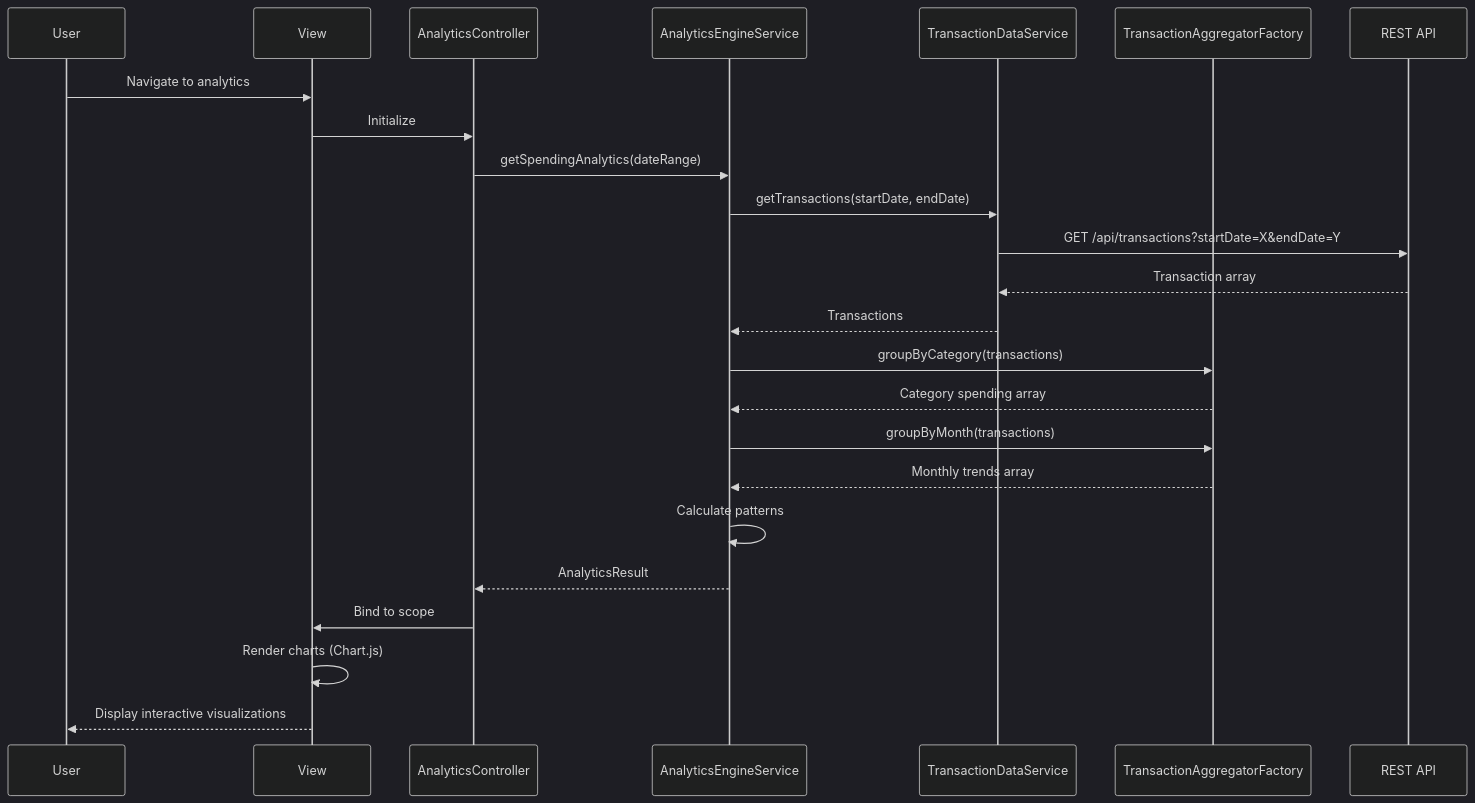
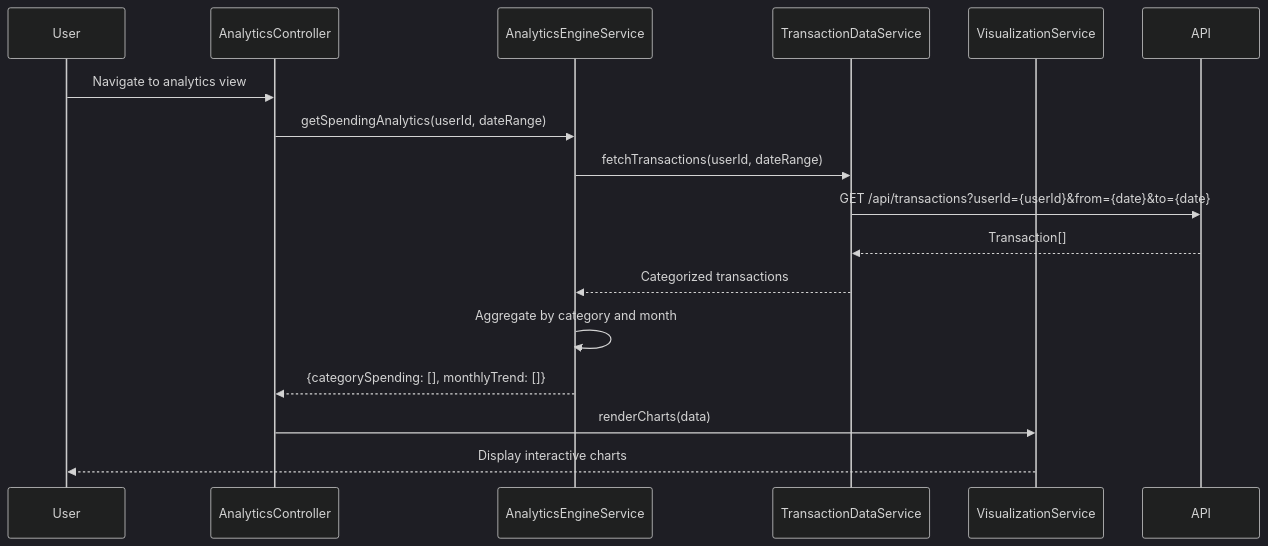
Before and after one commit to AAVA-Demo/APB_Demo: the diagram in LLD/QE-7683_LLD.md, drawn with Mermaid (dark theme). The commit also changed other lines of this file and 5 other files, not shown here.

````diff
--- a/LLD/QE-7683_LLD.md
+++ b/LLD/QE-7683_LLD.md
@@ -90,27 +81,20 @@
 ```mermaid
 sequenceDiagram
     participant User
-    participant View
-    participant AnalyticsCtrl as AnalyticsController
-    participant EngSvc as AnalyticsEngineService
-    participant TxnSvc as TransactionDataService
-    participant Aggregator as TransactionAggregatorFactory
-    participant API as REST API
-    
-    User->>View: Navigate to analytics
-    View->>AnalyticsCtrl: Initialize
-    AnalyticsCtrl->>EngSvc: getSpendingAnalytics(dateRange)
-    EngSvc->>TxnSvc: getTransactions(startDate, endDate)
-    TxnSvc->>API: GET /api/transactions?startDate=X&endDate=Y
-    API-->>TxnSvc: Transaction array
-    TxnSvc-->>EngSvc: Transactions
-    EngSvc->>Aggregator: groupByCategory(transactions)
-    Aggregator-->>EngSvc: Category spending array
-    EngSvc->>Aggregator: groupByMonth(transactions)
-    Aggregator-->>EngSvc: Monthly trends array
-    EngSvc->>EngSvc: Calculate patterns
-    EngSvc-->>AnalyticsCtrl: AnalyticsResult
-    AnalyticsCtrl->>View: Bind to scope
-    View->>View: Render charts (Chart.js)
-    View-->>User: Display interactive visualizations
+    participant AnalyticsController
+    participant AnalyticsEngineService
+    participant TransactionDataService
+    participant VisualizationService
+    participant API
+
+    User->>AnalyticsController: Navigate to analytics view
+    AnalyticsController->>AnalyticsEngineService: getSpendingAnalytics(userId, dateRange)
+    AnalyticsEngineService->>TransactionDataService: fetchTransactions(userId, dateRange)
+    TransactionDataService->>API: GET /api/transactions?userId={userId}&from={date}&to={date}
+    API-->>TransactionDataService: Transaction[]
+    TransactionDataService-->>AnalyticsEngineService: Categorized transactions
+    AnalyticsEngineService->>AnalyticsEngineService: Aggregate by category and month
+    AnalyticsEngineService-->>AnalyticsController: {categorySpending: [], monthlyTrend: []}
+    AnalyticsController->>VisualizationService: renderCharts(data)
+    VisualizationService-->>User: Display interactive charts
 ```
````
